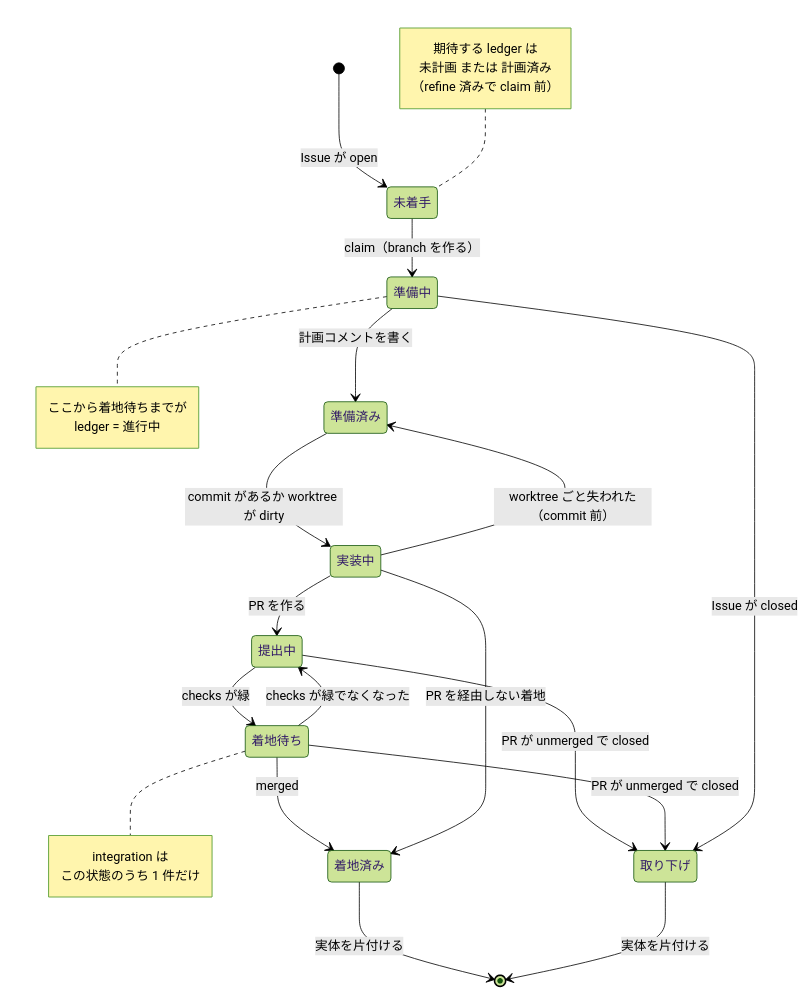
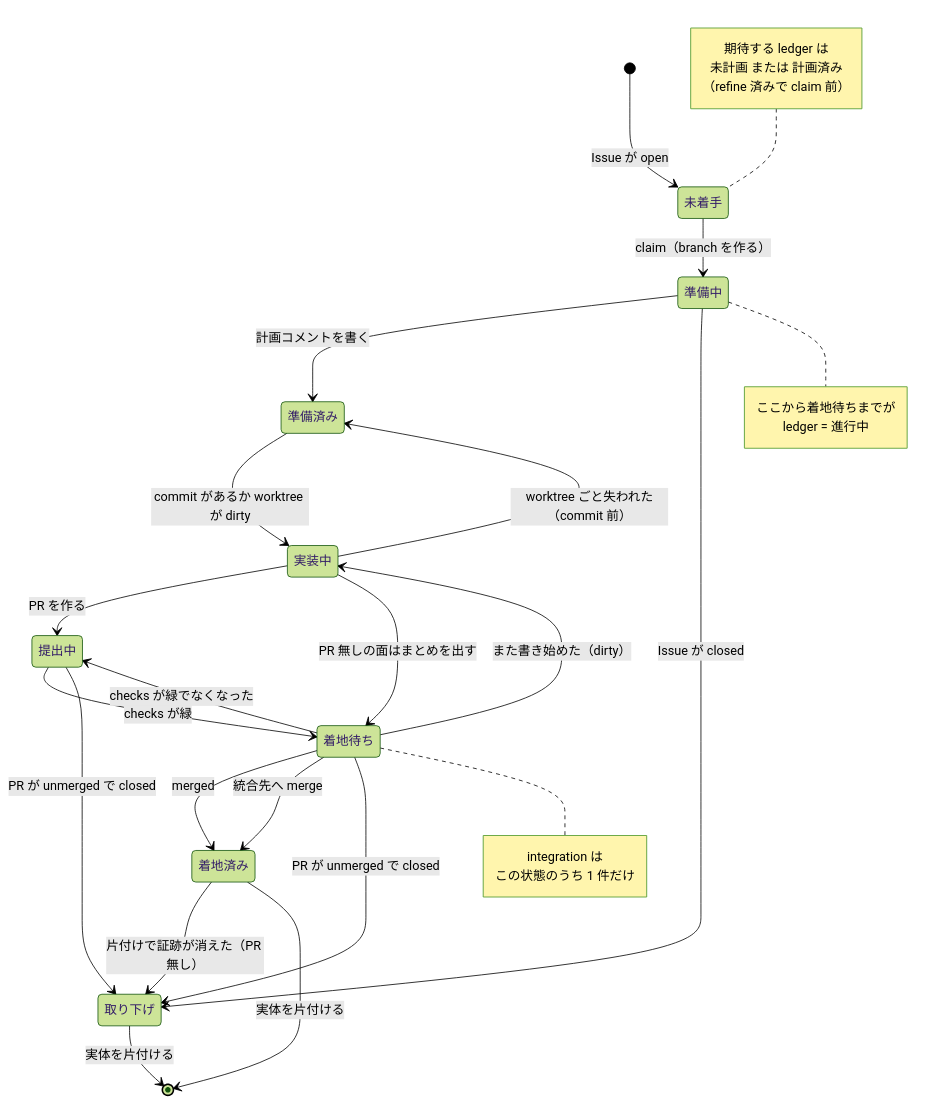
The first of 4 diagrams in agents/docs/lifecycle.md (usagizmo/agentfiles), drawn with Mermaid (forest theme) before and after one commit. The commit also changed other lines of this file and 41 other files, not shown here.

````diff
--- a/agents/docs/lifecycle.md
+++ b/agents/docs/lifecycle.md
@@ -18,34 +20,37 @@
 ```mermaid
 stateDiagram-v2
     [*] --> 未着手: Issue が open
     未着手 --> 準備中: claim（branch を作る）
     準備中 --> 準備済み: 計画コメントを書く
     準備済み --> 実装中: commit があるか worktree が dirty
     実装中 --> 準備済み: worktree ごと失われた（commit 前）
     実装中 --> 提出中: PR を作る
     提出中 --> 着地待ち: checks が緑
     着地待ち --> 提出中: checks が緑でなくなった
     着地待ち --> 着地済み: merged
-    実装中 --> 着地済み: PR を経由しない着地
+    実装中 --> 着地待ち: PR 無しの面はまとめを出す
+    着地待ち --> 実装中: また書き始めた（dirty）
+    着地待ち --> 着地済み: 統合先へ merge
 
     提出中 --> 取り下げ: PR が unmerged で closed
     着地待ち --> 取り下げ: PR が unmerged で closed
     準備中 --> 取り下げ: Issue が closed
+    着地済み --> 取り下げ: 片付けで証跡が消えた（PR 無し）
 
     着地済み --> [*]: 実体を片付ける
     取り下げ --> [*]: 実体を片付ける
 
     note left of 未着手
         期待する ledger は
         未計画 または 計画済み
         （refine 済みで claim 前）
     end note
     note right of 準備中
         ここから着地待ちまでが
         ledger = 進行中
     end note
     note right of 着地待ち
         integration は
         この状態のうち 1 件だけ
     end note
 ```
````
